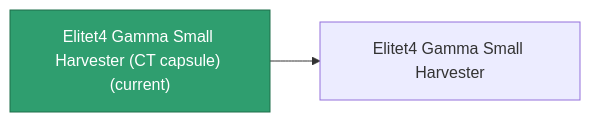
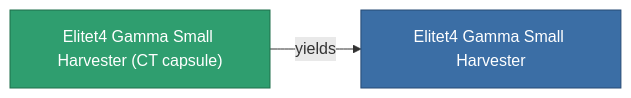
One commit to OpenPerpetuum/Wiki changed the diagram in content/content/items/elitet4_gamma_small_harvester_CT_capsule.md. Above: the diagram before and after it, drawn with Mermaid. The commit also changed other lines of this file and 2015 other files, not shown here.

````diff
--- a/content/content/items/elitet4_gamma_small_harvester_CT_capsule.md
+++ b/content/content/items/elitet4_gamma_small_harvester_CT_capsule.md
@@ -33,8 +33,9 @@
 ```mermaid
 graph LR
-    a["Elitet4 Gamma Small Harvester (CT capsule) (current)"]:::current
-    b["Elitet4 Gamma Small Harvester"]
-    a --> b
-    click b "/content/items/elitet4-gamma-small-harvester/" "Elitet4 Gamma Small Harvester"
+    a["Elitet4 Gamma Small Harvester (CT capsule)"]:::current
+    b["Elitet4 Gamma Small Harvester"]:::finished
+    a -->|yields| b
+                click b "/content/items/elitet4-gamma-small-harvester/" "Elitet4 Gamma Small Harvester"
     classDef current fill:#2f9e6f,stroke:#1f6f4a,color:#ffffff
+    classDef finished fill:#3b6ea5,stroke:#274a75,color:#ffffff
 ```
````
